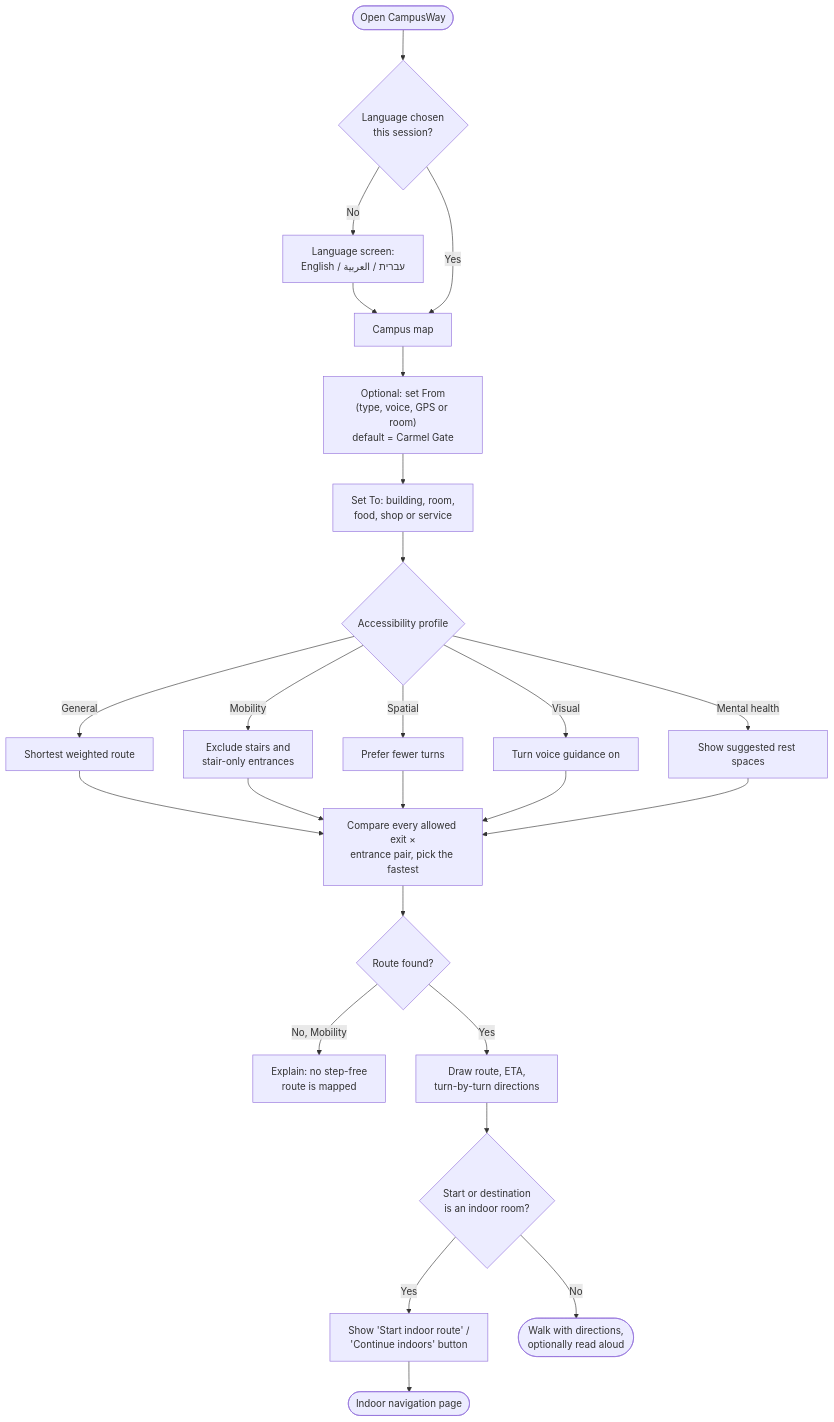
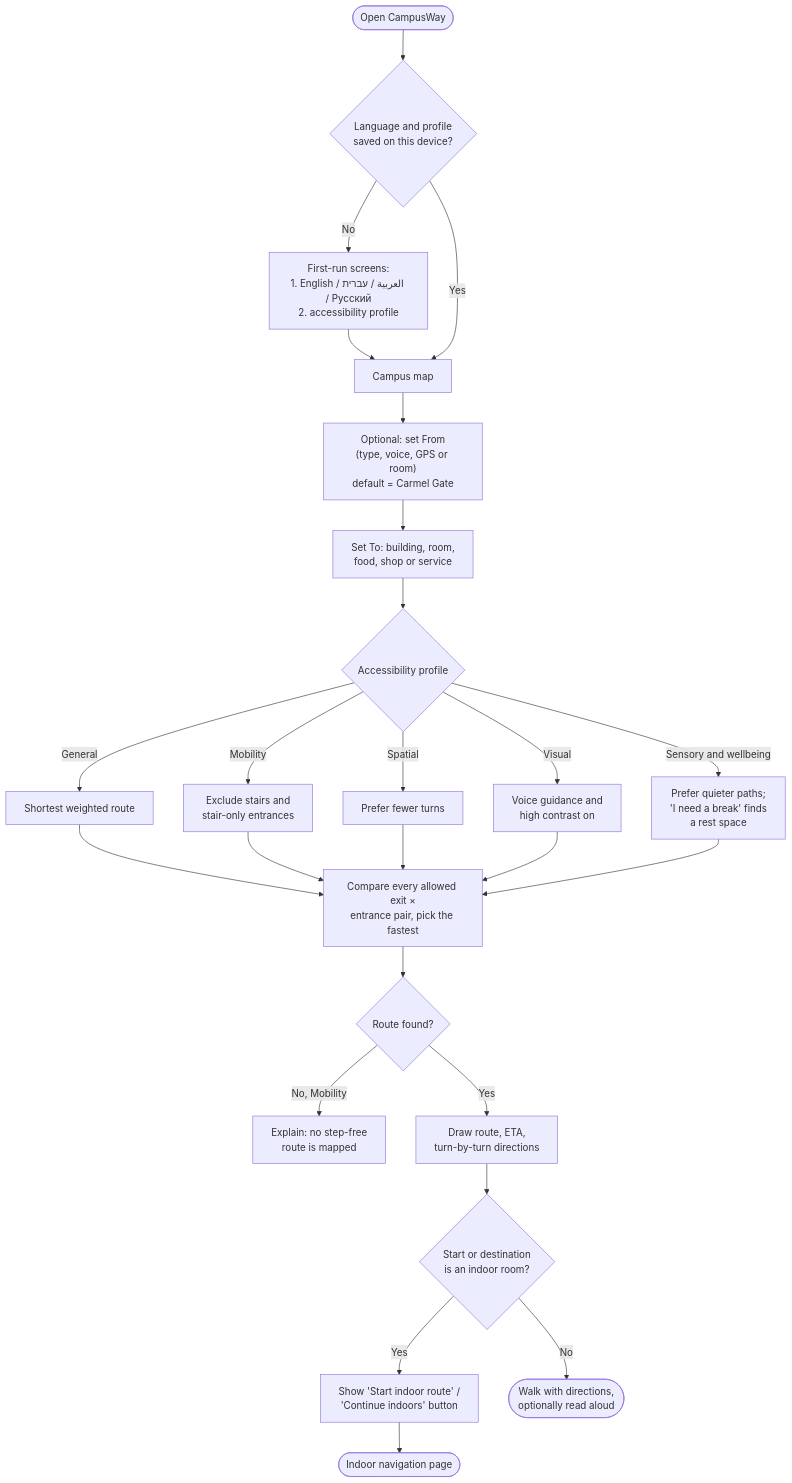
One commit to hadeel-hamodi/CampusWay changed the diagram in docs/diagrams/04-plan-route-flow.mmd. Above: the diagram before and after it, drawn with Mermaid. The commit also changed 79 other files, not shown here.

```diff
--- a/docs/diagrams/04-plan-route-flow.mmd
+++ b/docs/diagrams/04-plan-route-flow.mmd
@@ -1,21 +1,21 @@
 flowchart TD
-    A([Open CampusWay]) --> B{Language chosen<br/>this session?}
-    B -- No --> C[Language screen:<br/>English / עברית / العربية]
+    A([Open CampusWay]) --> B{Language and profile<br/>saved on this device?}
+    B -- No --> C["First-run screens:<br/>1. English / עברית #8206;/ العربية / Русский<br/>2. accessibility profile"]
     C --> D
     B -- Yes --> D[Campus map]
     D --> E["Optional: set From<br/>(type, voice, GPS or room)<br/>default = Carmel Gate"]
     E --> F["Set To: building, room,<br/>food, shop or service"]
     F --> G{Accessibility profile}
     G -- General --> H[Shortest weighted route]
     G -- Mobility --> I[Exclude stairs and<br/>stair-only entrances]
     G -- Spatial --> J[Prefer fewer turns]
-    G -- Visual --> K[Turn voice guidance on]
-    G -- Mental health --> L[Show suggested rest spaces]
+    G -- Visual --> K[Voice guidance and<br/>high contrast on]
+    G -- Sensory and wellbeing --> L["Prefer quieter paths;<br/>'I need a break' finds<br/>a rest space"]
     H & I & J & K & L --> M[Compare every allowed exit ×<br/>entrance pair, pick the fastest]
     M --> N{Route found?}
     N -- No, Mobility --> O["Explain: no step-free<br/>route is mapped"]
     N -- Yes --> P[Draw route, ETA,<br/>turn-by-turn directions]
     P --> Q{Start or destination<br/>is an indoor room?}
     Q -- Yes --> R["Show 'Start indoor route' /<br/>'Continue indoors' button"]
     Q -- No --> S([Walk with directions,<br/>optionally read aloud])
     R --> T([Indoor navigation page])
```
